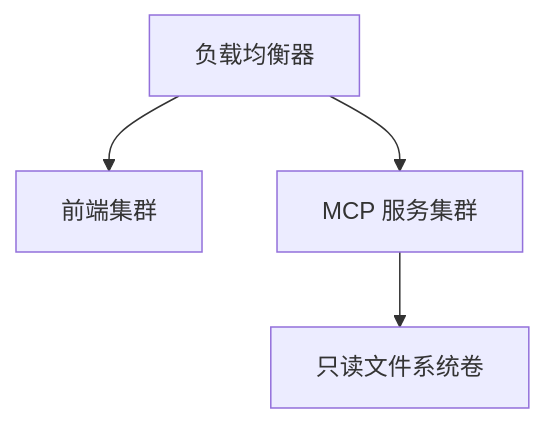
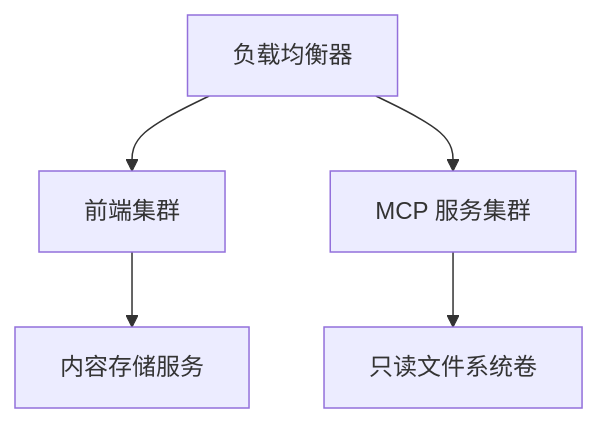
One commit to Leslie-Chuan/classic-example changed the seventh of 7 diagrams in .qoder/repowiki/zh/content/MCP架构设计/MCP架构设计.md. Above: the diagram before and after it, drawn with Mermaid. The commit also changed other lines of this file and 46 other files, not shown here.

````diff
--- a/.qoder/repowiki/zh/content/MCP架构设计/MCP架构设计.md
+++ b/.qoder/repowiki/zh/content/MCP架构设计/MCP架构设计.md
@@ -322,6 +344,7 @@
 ```mermaid
 graph TB
 LB["负载均衡器"] --> FE["前端集群"]
 LB --> SVC["MCP 服务集群"]
 SVC --> VOL["只读文件系统卷"]
+FE --> CONTENT["内容存储服务"]
 ```
````
